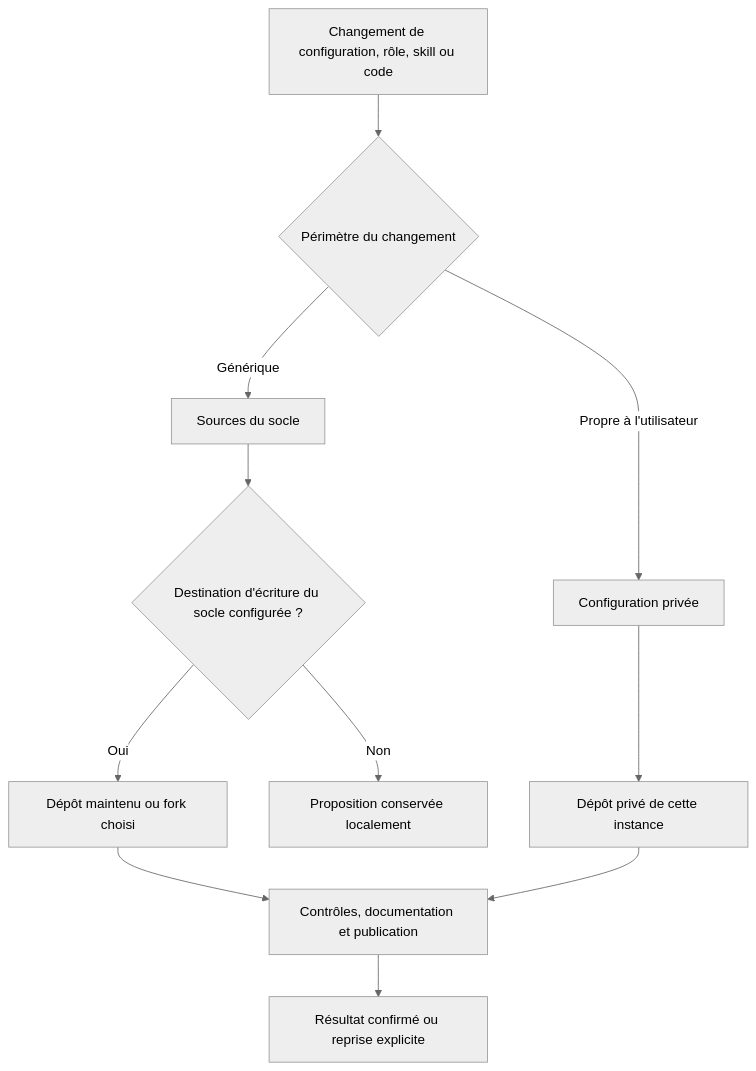
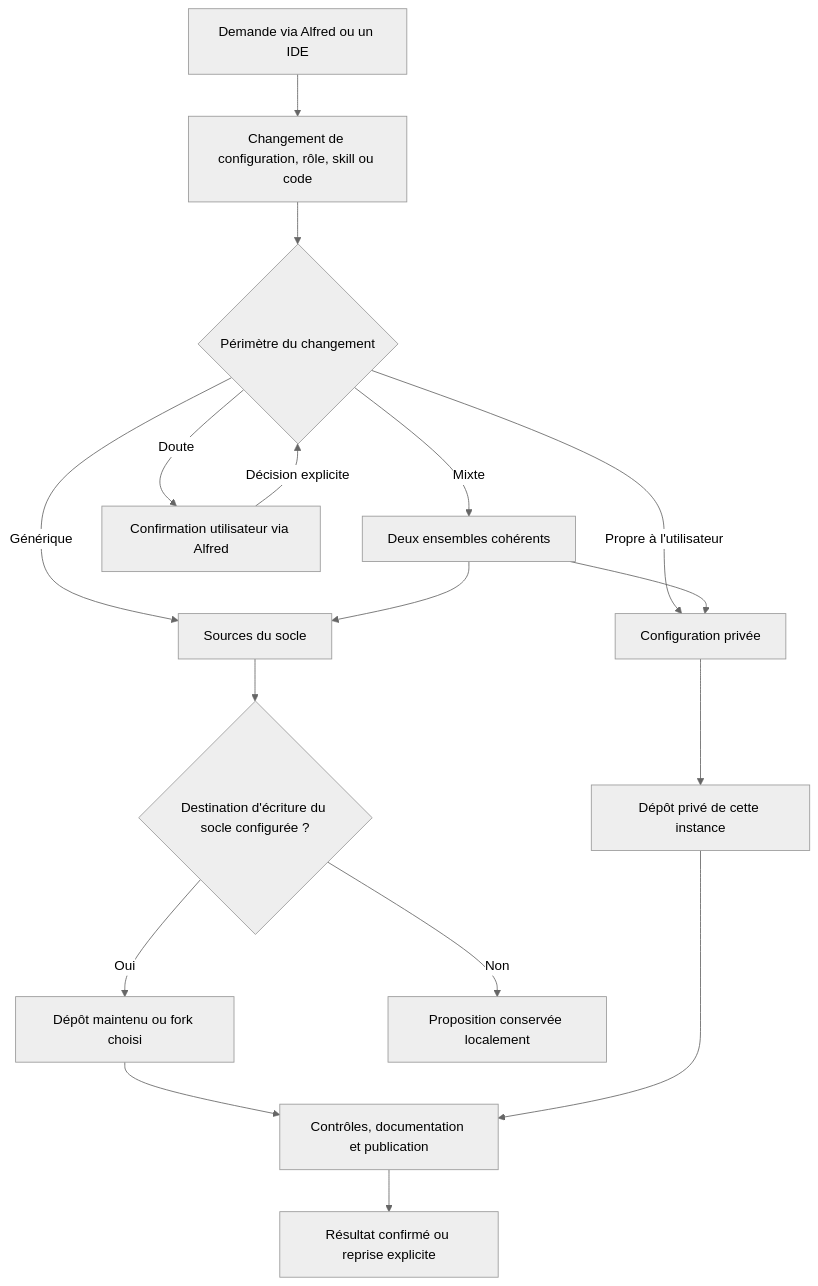
One commit to nicolastheuil/project-alfred changed the diagram in docs/publication.md. Above: the diagram before and after it, drawn with Mermaid (neutral theme). The commit also changed other lines of this file and 11 other files, not shown here.

````diff
--- a/docs/publication.md
+++ b/docs/publication.md
@@ -5,13 +5,19 @@
 ```mermaid
 flowchart TB
-    C[Changement de configuration, rôle, skill ou code] --> S{Périmètre du changement}
+    A[Demande via Alfred ou un IDE] --> C[Changement de configuration, rôle, skill ou code]
+    C --> S{Périmètre du changement}
     S -->|Générique| P[Sources du socle]
     S -->|Propre à l'utilisateur| I[Configuration privée]
+    S -->|Mixte| M[Deux ensembles cohérents]
+    M --> P
+    M --> I
+    S -->|Doute| Q[Confirmation utilisateur via Alfred]
+    Q -->|Décision explicite| S
     P --> R{Destination d'écriture du socle configurée ?}
     R -->|Oui| F[Dépôt maintenu ou fork choisi]
     R -->|Non| L[Proposition conservée localement]
     I --> D[Dépôt privé de cette instance]
     F --> V[Contrôles, documentation et publication]
     D --> V
     V --> O[Résultat confirmé ou reprise explicite]
 ```
````
